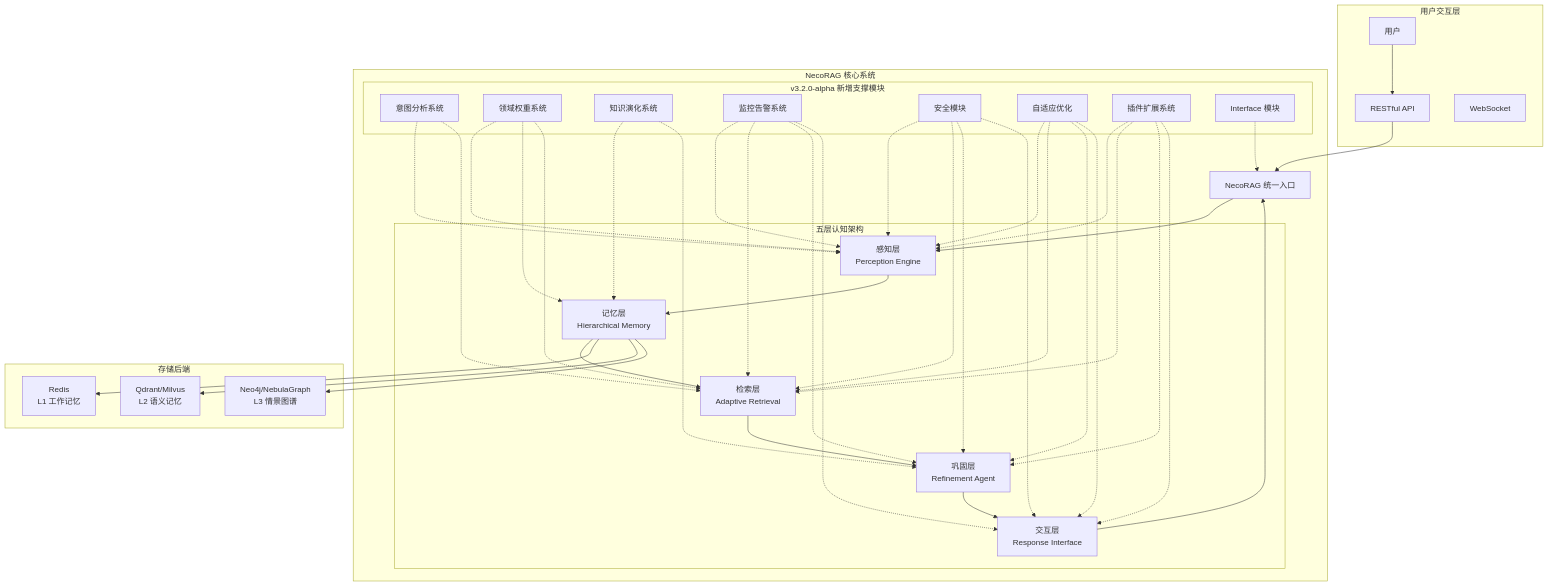
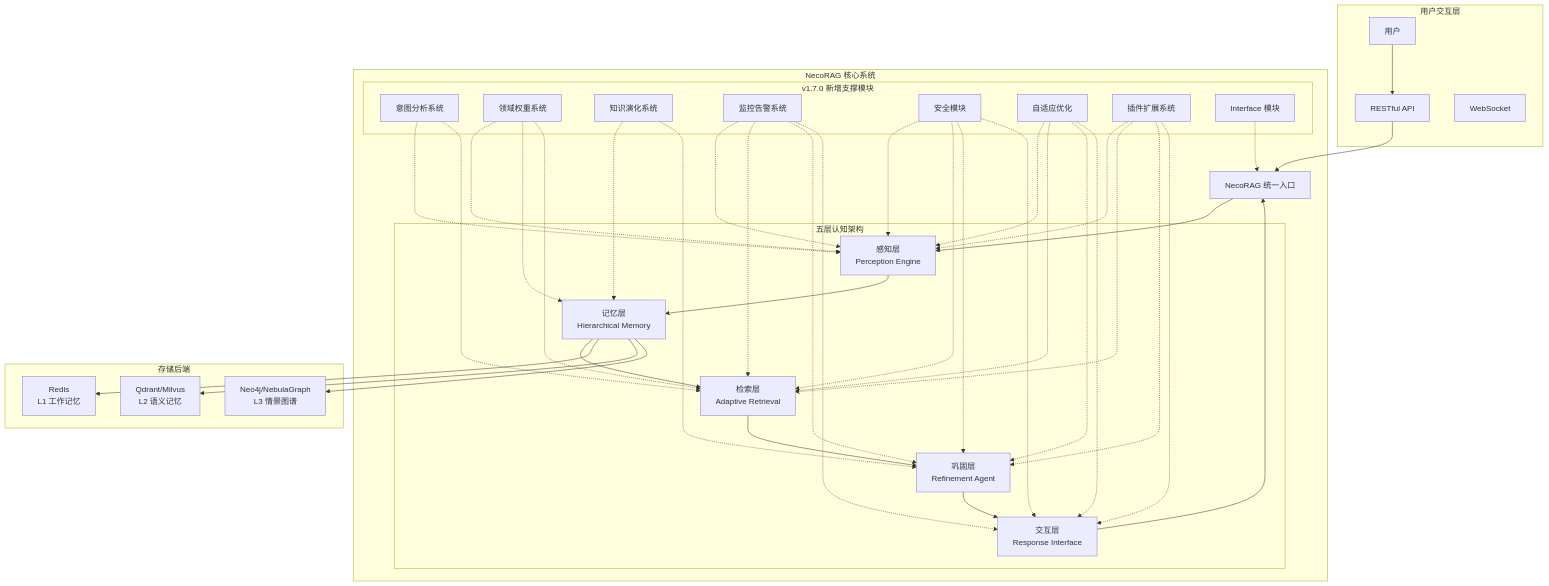
The first of 10 diagrams in .qoder/repowiki/zh/content/项目概述/项目概述.md (JieGaoPrinceton/NecoRAG), drawn with Mermaid before and after one commit. The commit also changed other lines of this file and 17 other files, not shown here.

````diff
--- a/.qoder/repowiki/zh/content/项目概述/项目概述.md
+++ b/.qoder/repowiki/zh/content/项目概述/项目概述.md
@@ -75,46 +75,46 @@
 ```mermaid
 graph TB
 subgraph "用户交互层"
 U["用户"]
 API["RESTful API"]
 WS["WebSocket"]
 end
 subgraph "NecoRAG 核心系统"
 NR["NecoRAG 统一入口"]
 subgraph "五层认知架构"
 L1["感知层<br/>Perception Engine"]
 L2["记忆层<br/>Hierarchical Memory"]
 L3["检索层<br/>Adaptive Retrieval"]
 L4["巩固层<br/>Refinement Agent"]
 L5["交互层<br/>Response Interface"]
 end
-subgraph "v3.2.0-alpha 新增支撑模块"
+subgraph "v1.7.0 新增支撑模块"
 INT["意图分析系统"]
 DOM["领域权重系统"]
 KE["知识演化系统"]
 MON["监控告警系统"]
 SEC["安全模块"]
 ADP["自适应优化"]
 PLG["插件扩展系统"]
 IFACE["Interface 模块"]
 end
 end
 subgraph "存储后端"
 RDS["Redis<br/>L1 工作记忆"]
 QDR["Qdrant/Milvus<br/>L2 语义记忆"]
 NEO["Neo4j/NebulaGraph<br/>L3 情景图谱"]
 end
 U --> API
 API --> NR
 NR --> L1 --> L2 --> L3 --> L4 --> L5
 L5 --> NR
 INT -.-> L1 & L3
 DOM -.-> L1 & L2 & L3
 KE -.-> L2 & L4
 MON -.-> L1 & L3 & L4 & L5
 SEC -.-> L1 & L3 & L4 & L5
 ADP -.-> L1 & L3 & L4 & L5
 PLG -.-> L1 & L3 & L4 & L5
 IFACE -.-> NR
 L2 --> RDS & QDR & NEO
 ```
````
